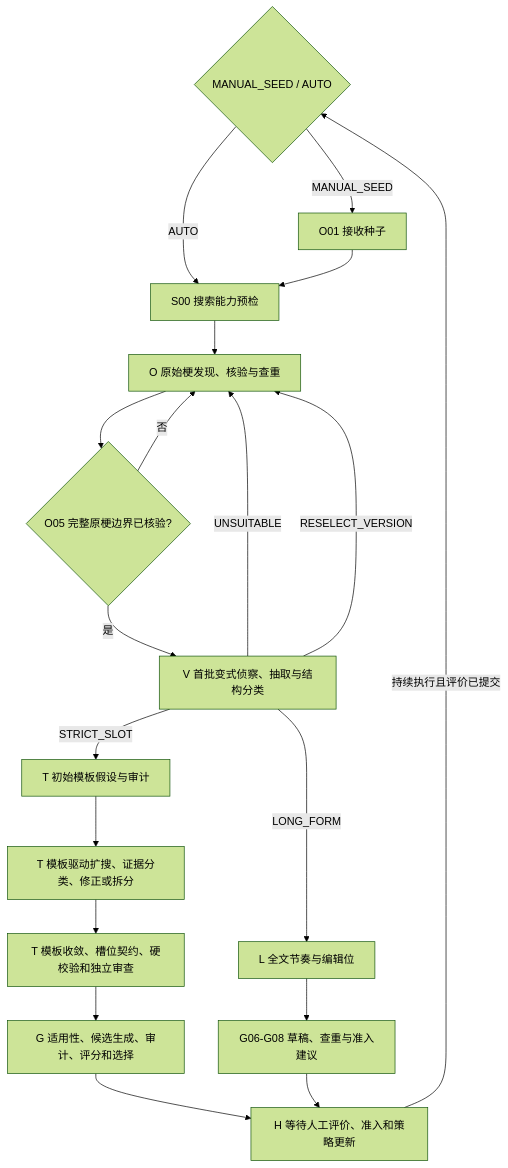
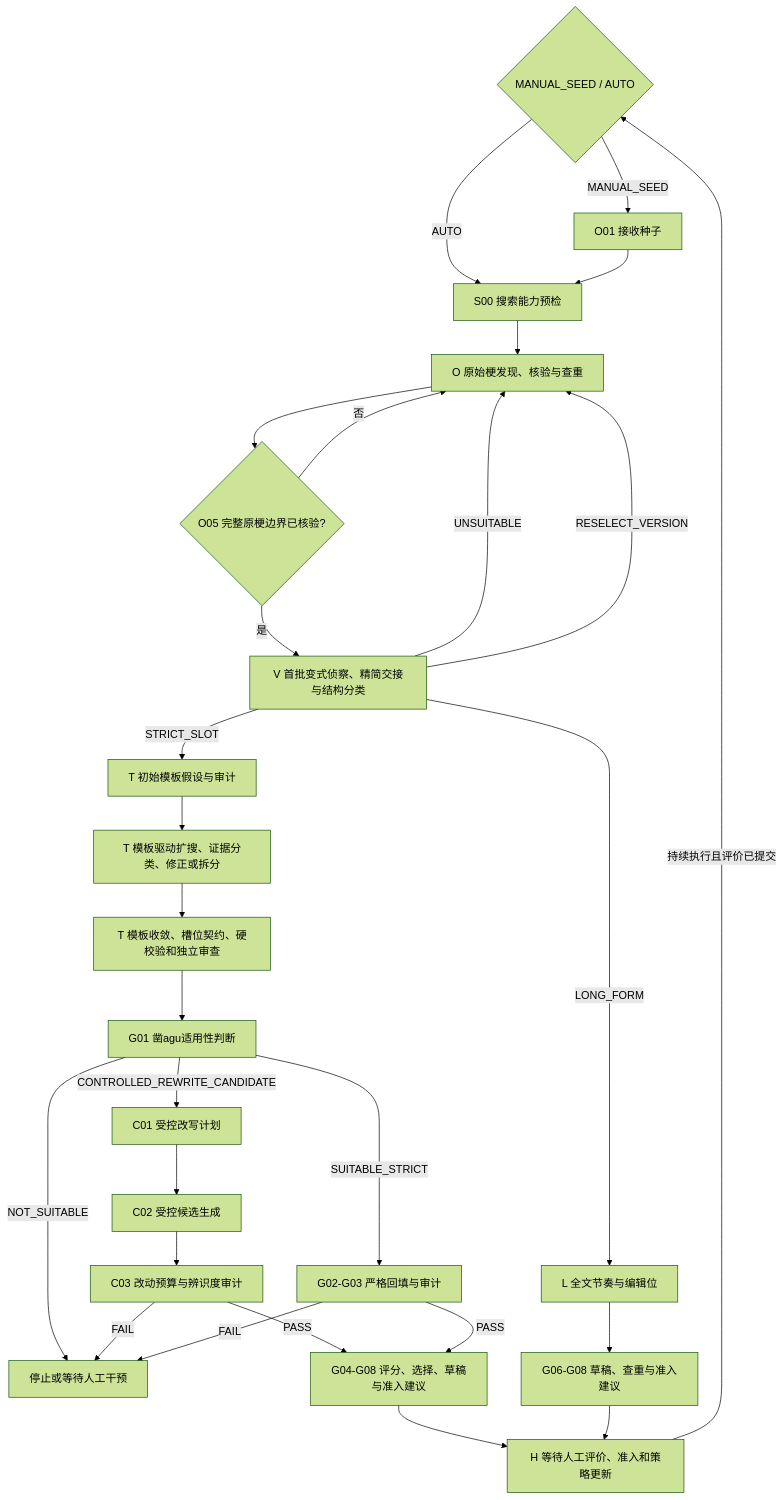
Before and after one commit to justmonika1024-dev/aguent-skill: the diagram in skill/references/workflow.md, drawn with Mermaid (forest theme). The commit also changed other lines of this file and 31 other files, not shown here.

````diff
--- a/skill/references/workflow.md
+++ b/skill/references/workflow.md
@@ -7,21 +7,30 @@
 ```mermaid
 flowchart TD
     A{MANUAL_SEED / AUTO} -->|AUTO| S[S00 搜索能力预检]
     S --> O[O 原始梗发现、核验与查重]
     A -->|MANUAL_SEED| O1[O01 接收种子]
     O1 --> S
     O --> C{O05 完整原梗边界已核验?}
     C -->|否| O
-    C -->|是| V[V 首批变式侦察、抽取与结构分类]
+    C -->|是| V[V 首批变式侦察、精简交接与结构分类]
     V -->|STRICT_SLOT| T1[T 初始模板假设与审计]
     V -->|LONG_FORM| L[L 全文节奏与编辑位]
     V -->|UNSUITABLE| O
     V -->|RESELECT_VERSION| O
     T1 --> T2[T 模板驱动扩搜、证据分类、修正或拆分]
     T2 --> T3[T 模板收敛、槽位契约、硬校验和独立审查]
-    T3 --> G[G 适用性、候选生成、审计、评分和选择]
+    T3 --> G1[G01 凿agu适用性判断]
+    G1 -->|SUITABLE_STRICT| G2[G02-G03 严格回填与审计]
+    G1 -->|CONTROLLED_REWRITE_CANDIDATE| C1[C01 受控改写计划]
+    G1 -->|NOT_SUITABLE| X[停止或等待人工干预]
+    C1 --> C2[C02 受控候选生成]
+    C2 --> C3[C03 改动预算与辨识度审计]
+    C3 -->|PASS| G4[G04-G08 评分、选择、草稿与准入建议]
+    C3 -->|FAIL| X
+    G2 -->|PASS| G4
+    G2 -->|FAIL| X
     L --> G6[G06-G08 草稿、查重与准入建议]
-    G --> H[H 等待人工评价、准入和策略更新]
+    G4 --> H[H 等待人工评价、准入和策略更新]
     G6 --> H
     H -->|持续执行且评价已提交| A
 ```
````
